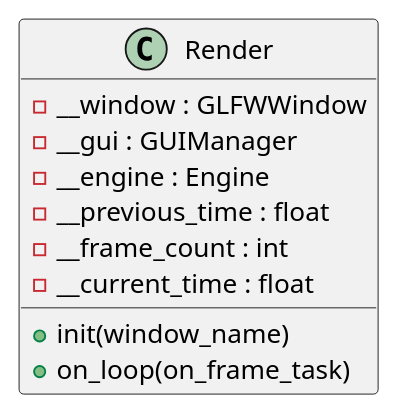
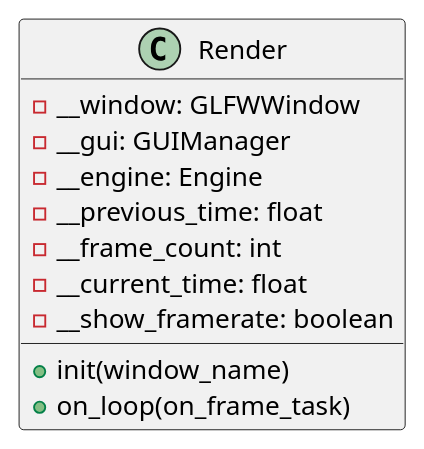
The diagram in docs/classes/Render.puml (ferpoble2/Relief_Creator), drawn with PlantUML before and after one commit. The commit also changed 1 other file, not shown here.

Commit message:
Added parameter to render to make optional the showing of the framerate on the windows title bar

```diff
--- a/docs/classes/Render.puml
+++ b/docs/classes/Render.puml
@@ -1,13 +1,14 @@
 @startuml
 class Render {
-    - __window : GLFWWindow
-    - __gui : GUIManager
-    - __engine : Engine
-    - __previous_time : float
-    - __frame_count : int
-    - __current_time : float
+    - __window: GLFWWindow
+    - __gui: GUIManager
+    - __engine: Engine
+    - __previous_time: float
+    - __frame_count: int
+    - __current_time: float
+    - __show_framerate: boolean
 
     + init(window_name)
     + on_loop(on_frame_task)
 }
 @enduml
```
